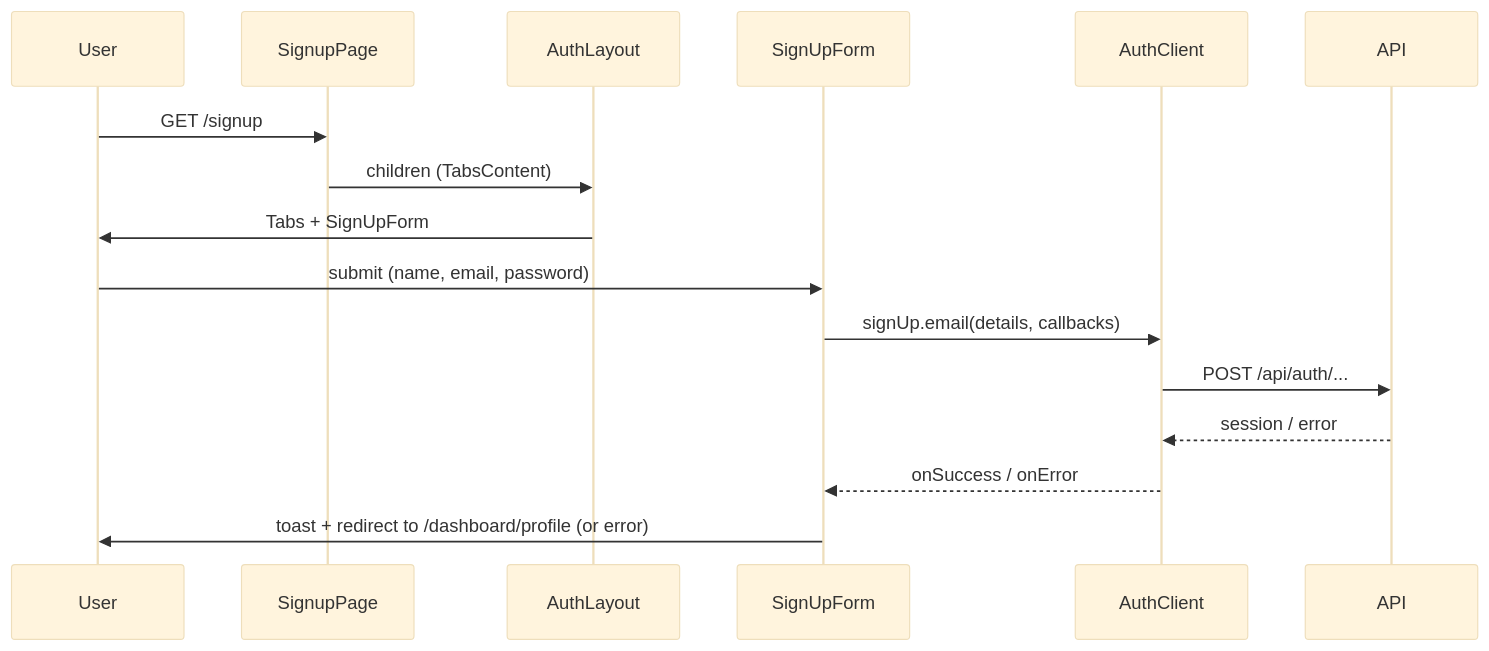
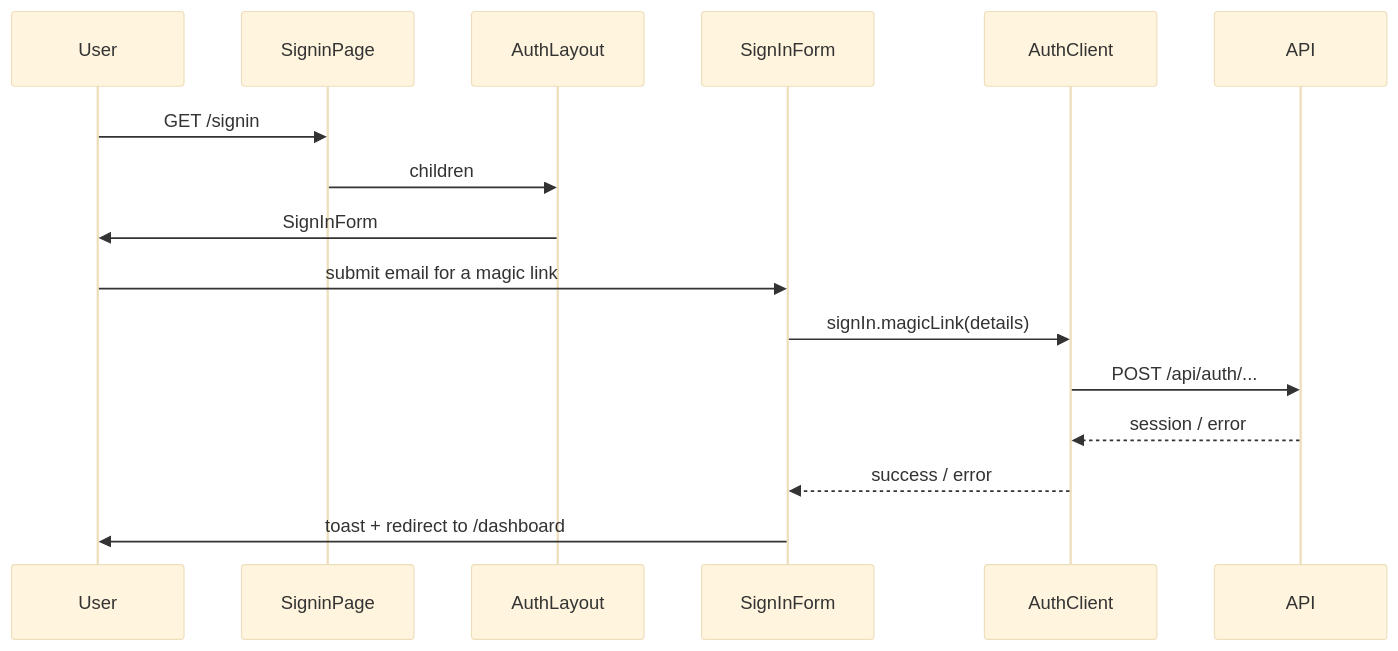
The second of 3 diagrams in docs/ARCHITECTURE.md (mruhacks/mruhacks2026), drawn with Mermaid (base theme) before and after one commit. The commit also changed other lines of this file and 56 other files, not shown here.

````diff
--- a/docs/ARCHITECTURE.md
+++ b/docs/ARCHITECTURE.md
@@ -152,19 +152,19 @@
 ```mermaid
 sequenceDiagram
   participant User
-  participant SignupPage
+  participant SigninPage
   participant AuthLayout
-  participant SignUpForm
+  participant SignInForm
   participant AuthClient
   participant API
 
-  User->>SignupPage: GET /signup
-  SignupPage->>AuthLayout: children (TabsContent)
-  AuthLayout->>User: Tabs + SignUpForm
-  User->>SignUpForm: submit (name, email, password)
-  SignUpForm->>AuthClient: signUp.email(details, callbacks)
+  User->>SigninPage: GET /signin
+  SigninPage->>AuthLayout: children
+  AuthLayout->>User: SignInForm
+  User->>SignInForm: submit email for a magic link
+  SignInForm->>AuthClient: signIn.magicLink(details)
   AuthClient->>API: POST /api/auth/...
   API-->>AuthClient: session / error
-  AuthClient-->>SignUpForm: onSuccess / onError
-  SignUpForm->>User: toast + redirect to /dashboard/profile (or error)
+  AuthClient-->>SignInForm: success / error
+  SignInForm->>User: toast + redirect to /dashboard
 ```
````
